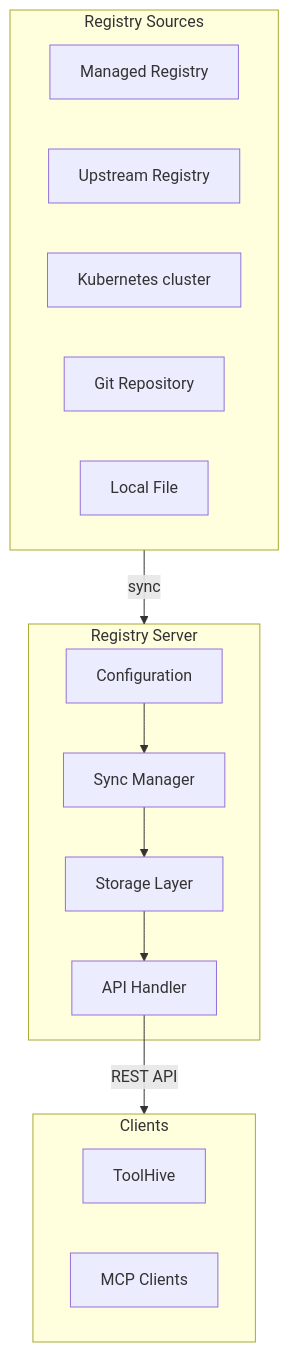
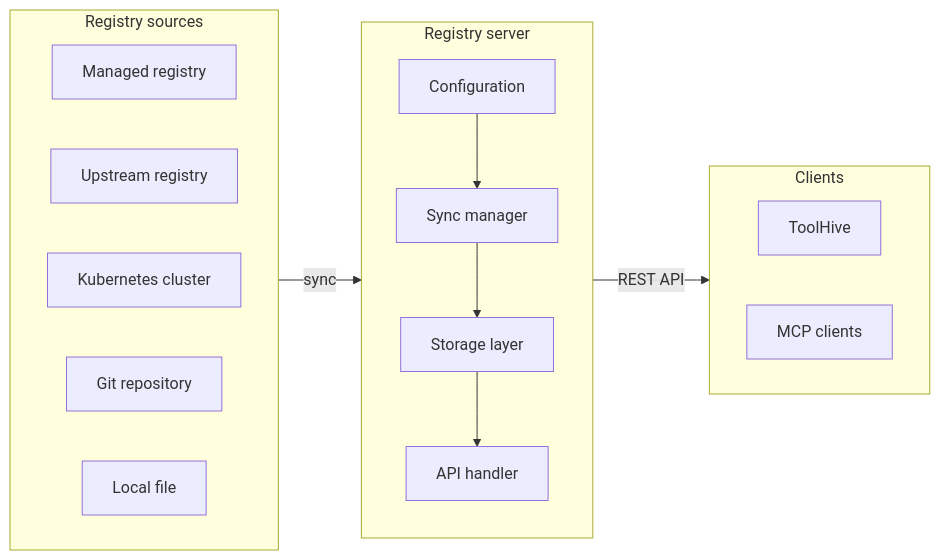
The diagram in docs/toolhive/guides-registry/intro.mdx (stacklok/docs-website), drawn with Mermaid before and after one commit. The commit also changed other lines of this file and 1 other file, not shown here.

Commit message:
PR comments

````diff
--- a/docs/toolhive/guides-registry/intro.mdx
+++ b/docs/toolhive/guides-registry/intro.mdx
@@ -23,28 +23,28 @@
 ```mermaid
-flowchart TB
-  subgraph Sources["Registry Sources"]
-    Managed["Managed Registry"]
-    API["Upstream Registry"]
+flowchart LR
+  subgraph Sources["Registry sources"]
+    direction LR
+    Managed["Managed registry"]
+    API["Upstream registry"]
     Kubernetes["Kubernetes cluster"]
-    Git["Git Repository"]
-    File["Local File"]
+    Git["Git repository"]
+    File["Local file"]
   end
-
-  subgraph Server["Registry Server"]
+  subgraph Server["Registry server"]
+    direction TB
     Config["Configuration"]
-    Sync["Sync Manager"]
-    Storage["Storage Layer"]
-    APIHandler["API Handler"]
+    Sync["Sync manager"]
+    Storage["Storage layer"]
+    APIHandler["API handler"]
   end
-
   subgraph Clients["Clients"]
+    direction LR
     ToolHive["ToolHive"]
-    MCPClient["MCP Clients"]
+    MCPClient["MCP clients"]
   end
-
   Sources -->|sync| Server
   Config --> Sync
   Sync --> Storage
   Storage --> APIHandler
-  APIHandler -->|REST API| Clients
+  Server -->|REST API| Clients
 ```
````
